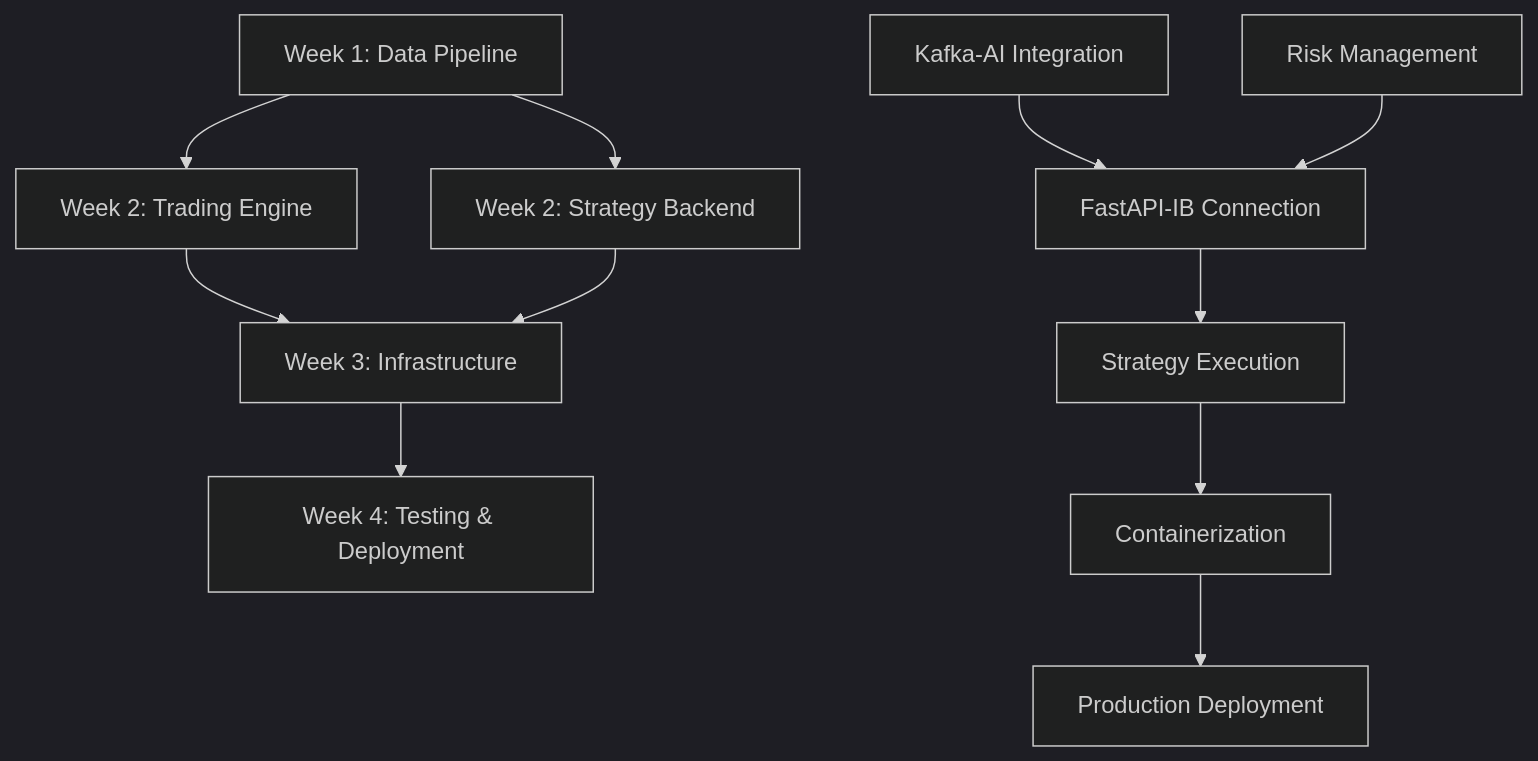
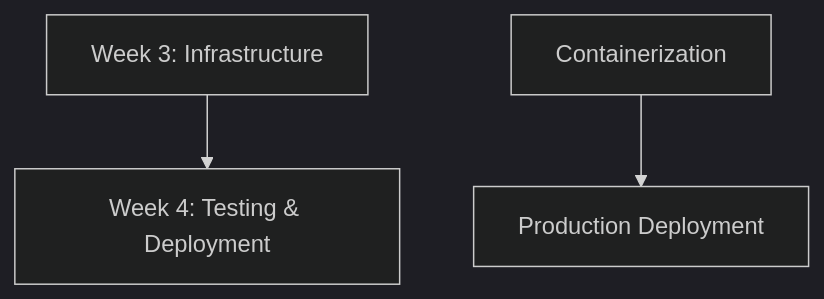
One commit to vincentspereira/Algorithmic-Trading-System changed the sixth of 6 diagrams in docs/4-WEEK_SPRINT_IMPLEMENTATION_PLAN.md. Above: the diagram before and after it, drawn with Mermaid (dark theme). The commit also changed other lines of this file and 59 other files, not shown here.

````diff
--- a/docs/4-WEEK_SPRINT_IMPLEMENTATION_PLAN.md
+++ b/docs/4-WEEK_SPRINT_IMPLEMENTATION_PLAN.md
@@ -933,14 +939,6 @@
 ```mermaid
 graph TD
-    A[Week 1: Data Pipeline] --> B[Week 2: Trading Engine]
-    A --> C[Week 2: Strategy Backend]
-    B --> D[Week 3: Infrastructure]
-    C --> D
-    D --> E[Week 4: Testing & Deployment]
+    A[Week 3: Infrastructure] --> B[Week 4: Testing & Deployment]
     
-    A1[Kafka-AI Integration] --> B1[FastAPI-IB Connection]
-    A2[Risk Management] --> B1
-    B1 --> C1[Strategy Execution]
-    C1 --> D1[Containerization]
-    D1 --> E1[Production Deployment]
+    A1[Containerization] --> B1[Production Deployment]
 ```
````
